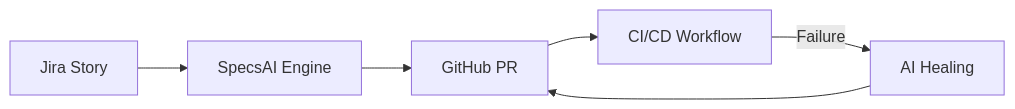
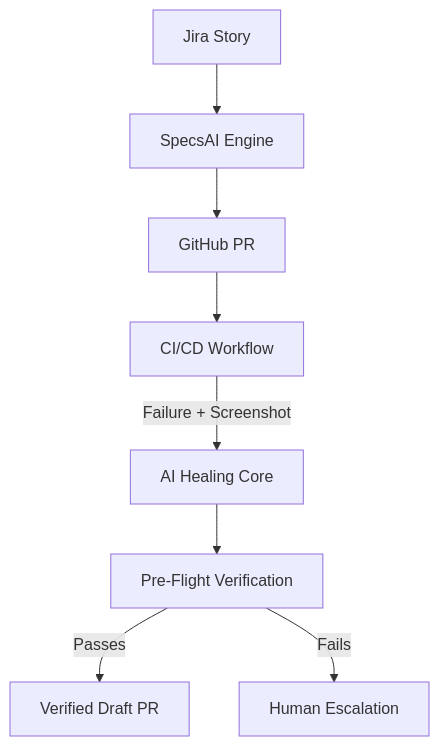
One commit to pdabholegithub/specs-ai changed the diagram in README.md. Above: the diagram before and after it, drawn with Mermaid. The commit also changed other lines of this file and 7 other files, not shown here.

````diff
--- a/README.md
+++ b/README.md
@@ -59,8 +61,10 @@
 ```mermaid
-graph LR
+graph TD
     J[Jira Story] --> S[SpecsAI Engine]
     S --> G[GitHub PR]
     G --> C[CI/CD Workflow]
-    C -- Failure --> H[AI Healing]
-    H --> G
+    C -- Failure + Screenshot --> H[AI Healing Core]
+    H --> V[Pre-Flight Verification]
+    V -- Passes --> P[Verified Draft PR]
+    V -- Fails --> X[Human Escalation]
 ```
````
